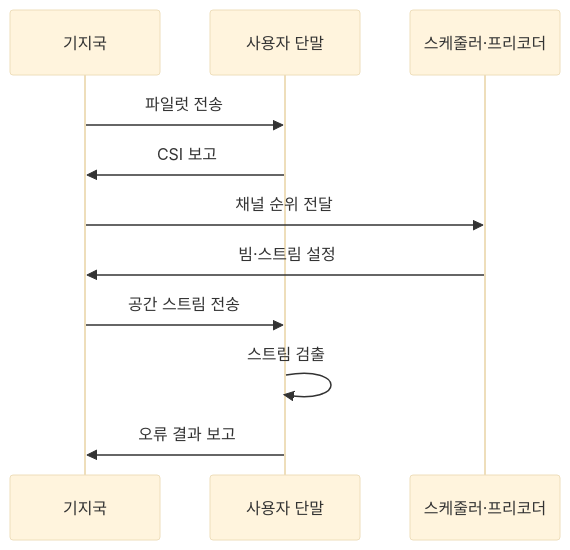
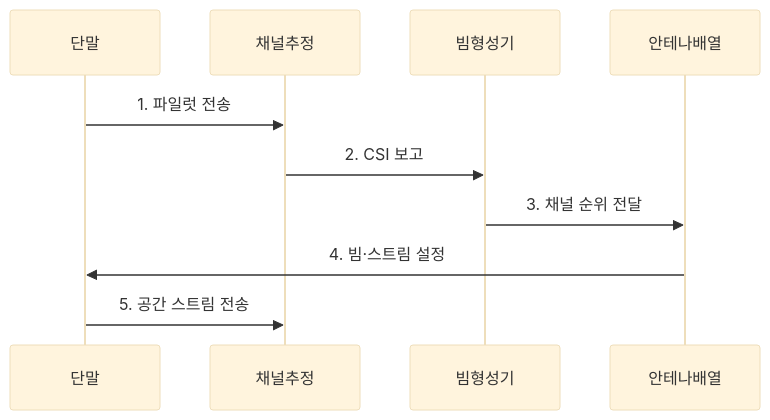
Before and after one commit to agnusdei1207/knowledge-base: the second of 2 diagrams in src/content/docs/notes/04-network/067_mimo_massive_mimo.md, drawn with Mermaid (base theme). The commit also changed other lines of this file and 20 other files, not shown here.

````diff
--- a/src/content/docs/notes/04-network/067_mimo_massive_mimo.md
+++ b/src/content/docs/notes/04-network/067_mimo_massive_mimo.md
@@ -94,13 +87,12 @@
 ```mermaid
 sequenceDiagram
-    participant B as 기지국
-    participant U as 사용자 단말
-    participant S as 스케줄러·프리코더
-    B->>U: 파일럿 전송
-    U->>B: CSI 보고
-    B->>S: 채널 순위 전달
-    S->>B: 빔·스트림 설정
-    B->>U: 공간 스트림 전송
-    U->>U: 스트림 검출
-    U->>B: 오류 결과 보고
+    participant 단말
+    participant 채널추정
+    participant 빔형성기
+    participant 안테나배열
+    단말->>채널추정: 1. 파일럿 전송
+    채널추정->>빔형성기: 2. CSI 보고
+    빔형성기->>안테나배열: 3. 채널 순위 전달
+    안테나배열->>단말: 4. 빔·스트림 설정
+    단말->>채널추정: 5. 공간 스트림 전송
 ```
````
